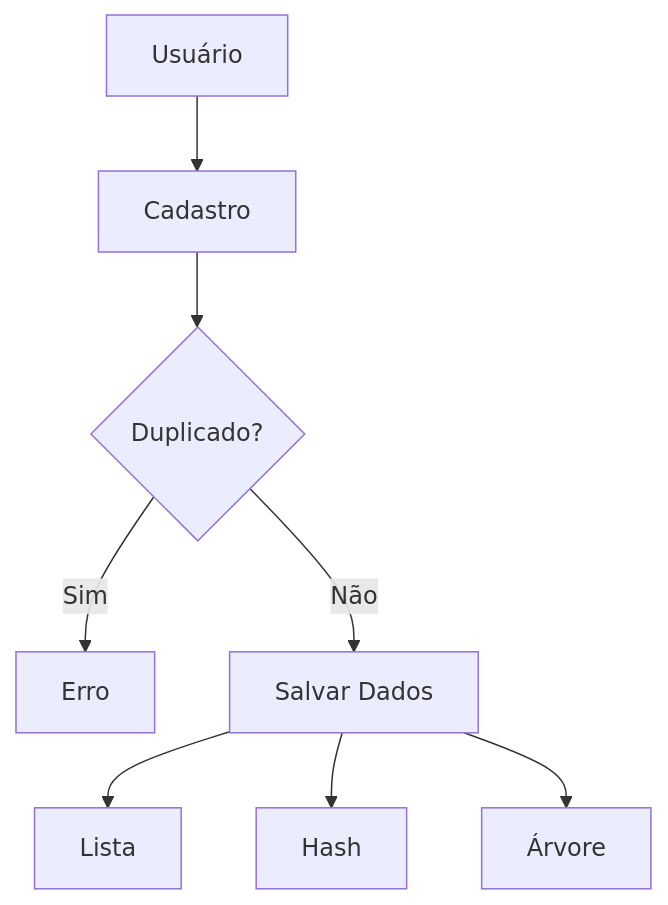
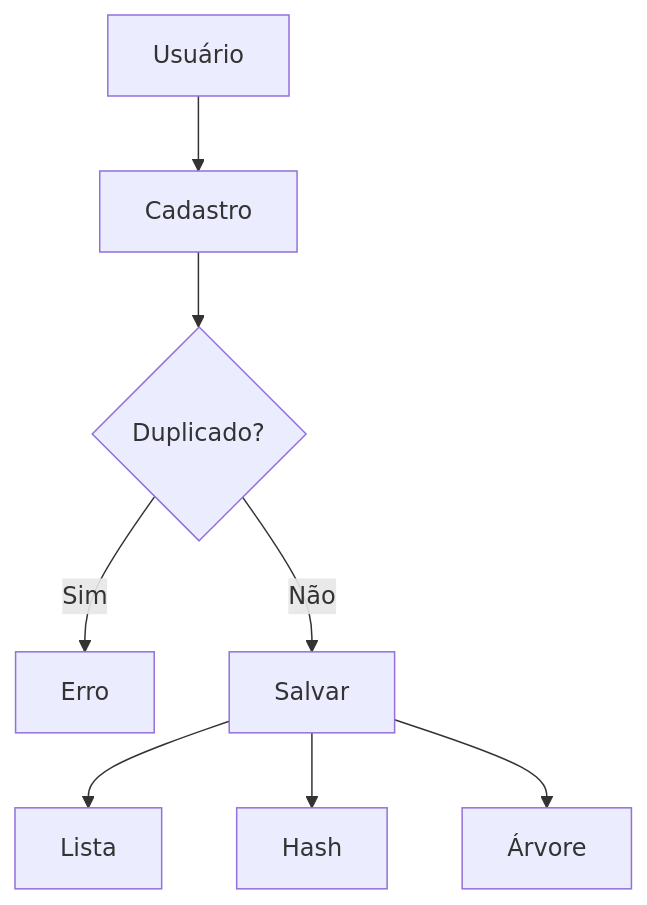
One commit to felipe-sol/sprint3_dynamic_programming changed the first of 2 diagrams in README.md. Above: the diagram before and after it, drawn with Mermaid. The commit also changed other lines of this file and 1 other file, not shown here.

````diff
--- a/README.md
+++ b/README.md
@@ -139,10 +241,10 @@
 ```mermaid
 graph TD
 A[Usuário] --> B[Cadastro]
 B --> C{Duplicado?}
 C -->|Sim| D[Erro]
-C -->|Não| E[Salvar Dados]
+C -->|Não| E[Salvar]
 E --> F[Lista]
 E --> G[Hash]
 E --> H[Árvore]
 ```
````
